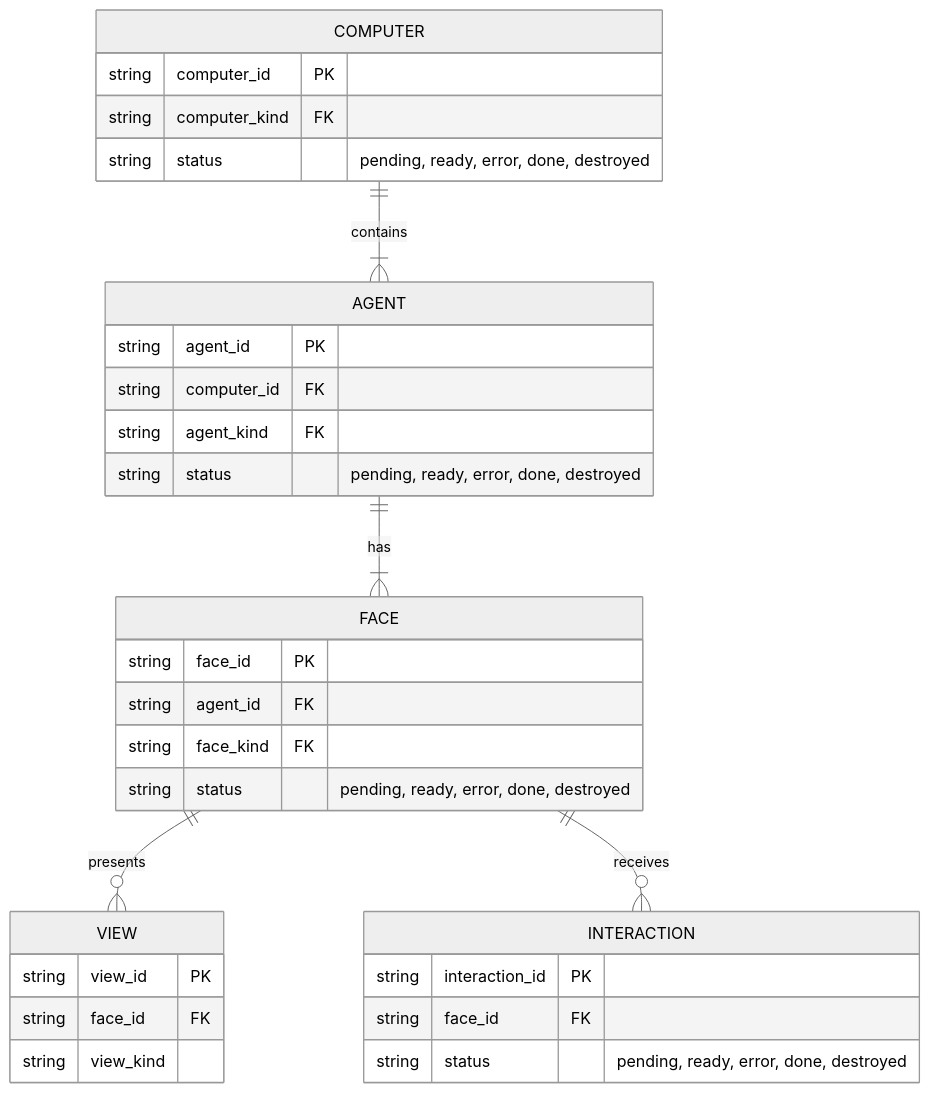
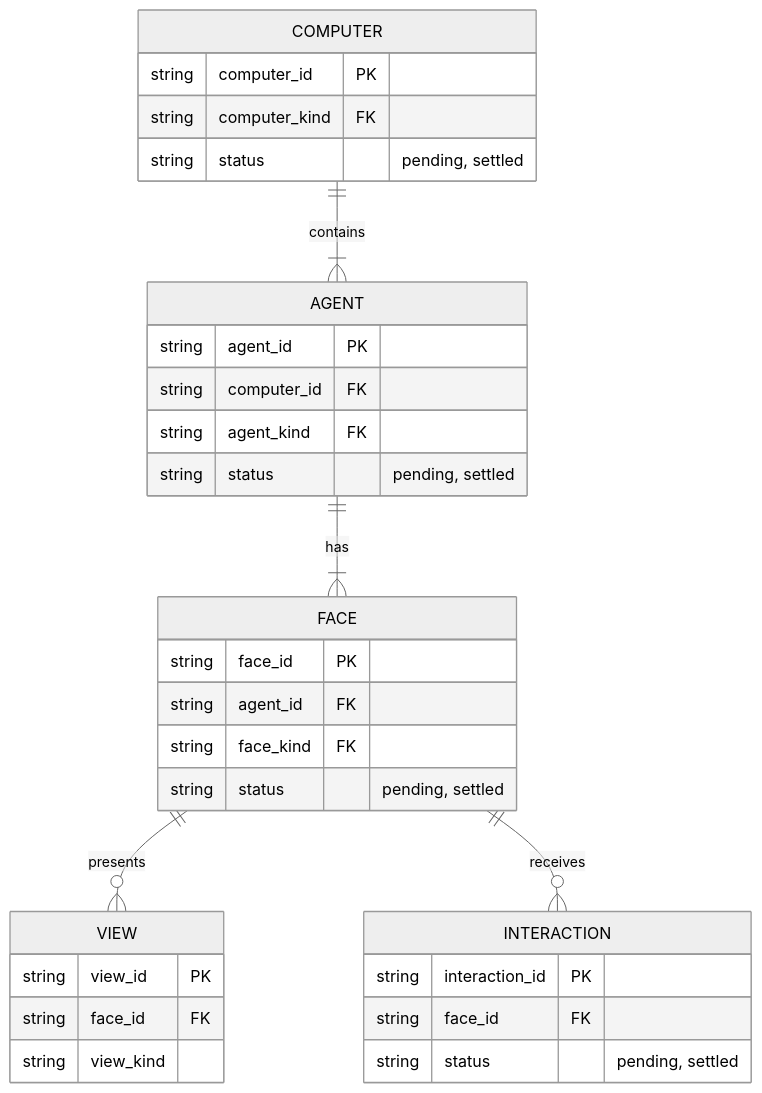
Before and after one commit to dreamcatcher-tech/artifact-codex: the diagram in design/docs/ENTITIES.md, drawn with Mermaid (neutral theme). The commit also changed 9 other files, not shown here.

````diff
--- a/design/docs/ENTITIES.md
+++ b/design/docs/ENTITIES.md
@@ -3,39 +3,39 @@
 ```mermaid
 erDiagram
   COMPUTER ||--|{ AGENT : contains
   AGENT ||--|{ FACE : has
   FACE ||--o{ VIEW : presents
   FACE ||--o{ INTERACTION : receives
 
   COMPUTER {
     string computer_id PK
     string computer_kind FK
-    string status "pending, ready, error, done, destroyed"
+    string status "pending, settled"
   }
 
   AGENT {
     string agent_id PK
     string computer_id FK
     string agent_kind FK
-    string status "pending, ready, error, done, destroyed"
+    string status "pending, settled"
   }
 
   FACE {
     string face_id PK
     string agent_id FK
     string face_kind FK
-    string status "pending, ready, error, done, destroyed"
+    string status "pending, settled"
   }
 
   VIEW {
     string view_id PK
     string face_id FK
     string view_kind
   }
 
   INTERACTION {
     string interaction_id PK
     string face_id FK
-    string status "pending, ready, error, done, destroyed"
+    string status "pending, settled"
   }
 ```
````
